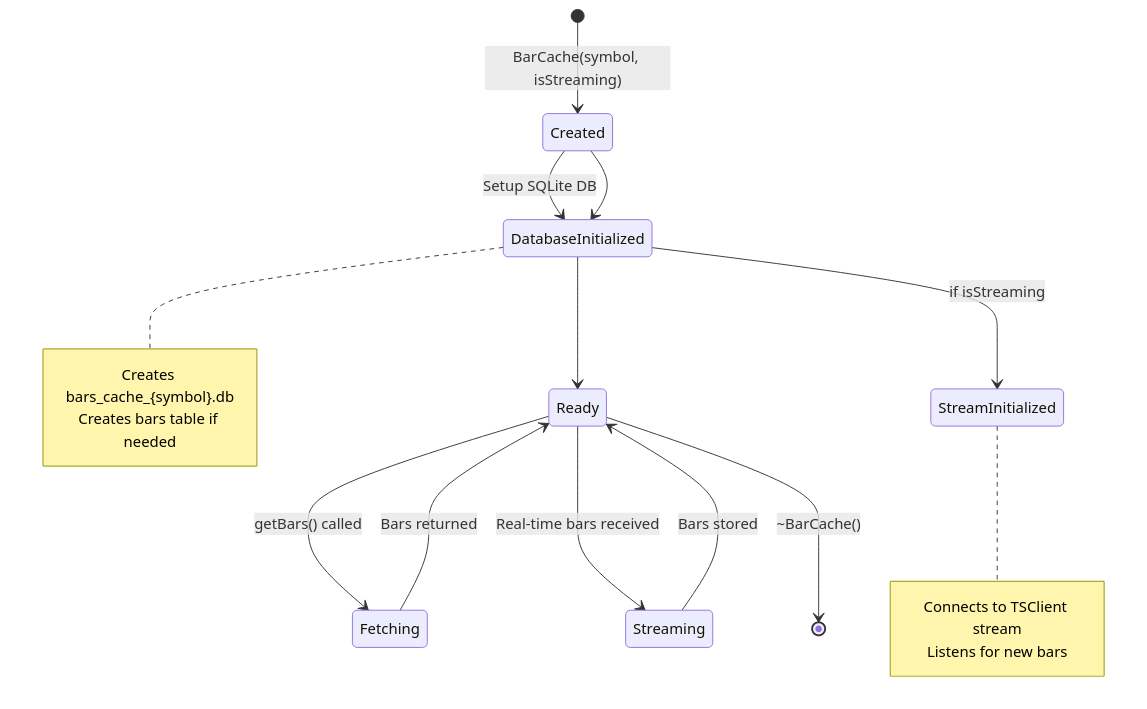
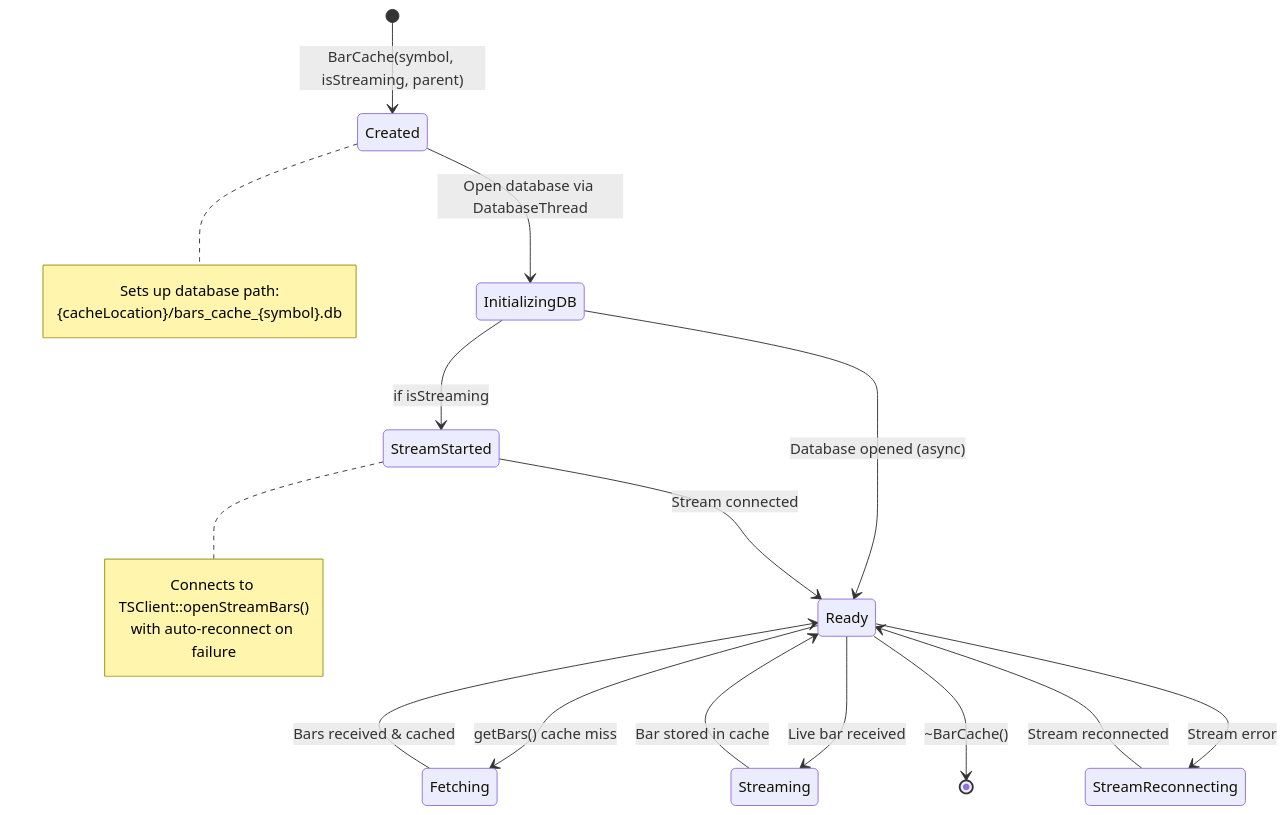
Before and after one commit to simonbeaudoin0935/OpenTraderPlatform: the fifth of 6 diagrams in Src/Core/Cache/BarCache/BarCache.md, drawn with Mermaid. The commit also changed other lines of this file and 3 other files, not shown here.

````diff
--- a/Src/Core/Cache/BarCache/BarCache.md
+++ b/Src/Core/Cache/BarCache/BarCache.md
@@ -178,27 +211,32 @@
 ```mermaid
 stateDiagram-v2
-    [*] --> Created: BarCache(symbol, isStreaming)
-    Created --> DatabaseInitialized: Setup SQLite DB
-    DatabaseInitialized --> StreamInitialized: if isStreaming
-
-    Created --> DatabaseInitialized
-    DatabaseInitialized --> Ready
-
-    Ready --> Fetching: getBars() called
-    Fetching --> Ready: Bars returned
-
-    Ready --> Streaming: Real-time bars received
-    Streaming --> Ready: Bars stored
-
+    [*] --> Created: BarCache(symbol, isStreaming, parent)
+    
+    Created --> InitializingDB: Open database via DatabaseThread
+    
+    InitializingDB --> Ready: Database opened (async)
+    InitializingDB --> StreamStarted: if isStreaming
+    
+    StreamStarted --> Ready: Stream connected
+    
+    Ready --> Fetching: getBars() cache miss
+    Fetching --> Ready: Bars received & cached
+    
+    Ready --> Streaming: Live bar received
+    Streaming --> Ready: Bar stored in cache
+    
+    Ready --> StreamReconnecting: Stream error
+    StreamReconnecting --> Ready: Stream reconnected
+    
     Ready --> [*]: ~BarCache()
 
-    note right of DatabaseInitialized
-        Creates bars_cache_{symbol}.db
-        Creates bars table if needed
+    note right of Created
+        Sets up database path:
+        {cacheLocation}/bars_cache_{symbol}.db
     end note
 
-    note right of StreamInitialized
-        Connects to TSClient stream
-        Listens for new bars
+    note right of StreamStarted
+        Connects to TSClient::openStreamBars()
+        with auto-reconnect on failure
     end note
 ```
````
